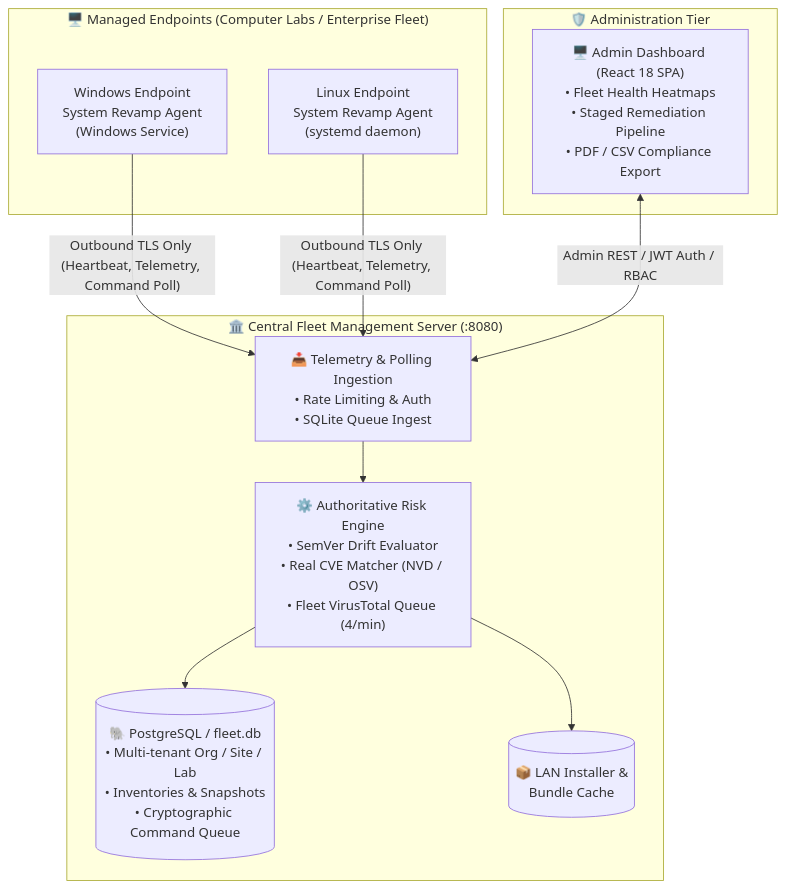
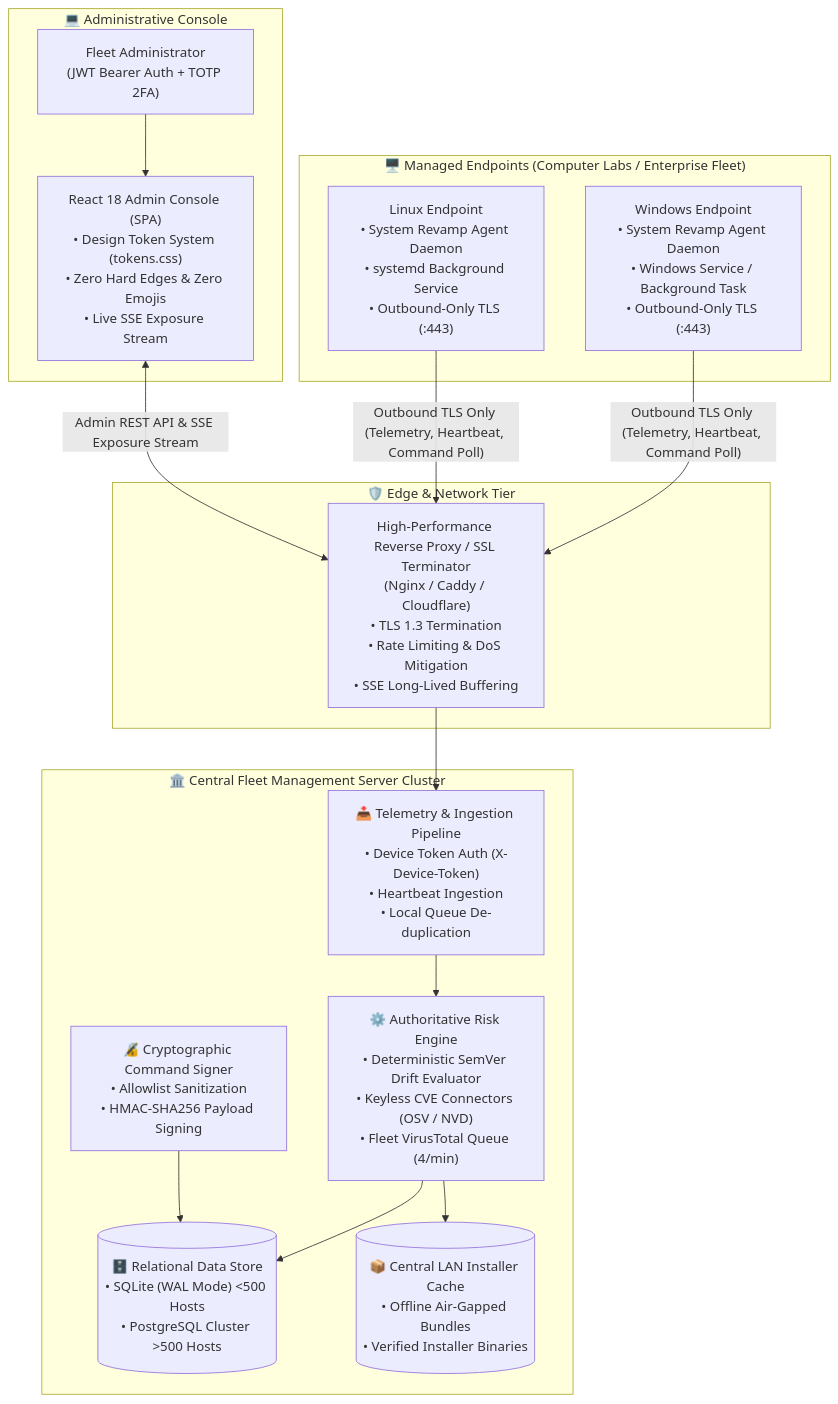
Before and after one commit to Darksider70-yep/System_Revamp: the first of 5 diagrams in docs/architecture.md, drawn with Mermaid. The commit also changed other lines of this file and 11 other files, not shown here.

Commit message:
docs: add comprehensive documentation, setup guides, and architecture references

````diff
--- a/docs/architecture.md
+++ b/docs/architecture.md
@@ -15,25 +15,34 @@
 ```mermaid
 flowchart TD
     subgraph Endpoints ["🖥️ Managed Endpoints (Computer Labs / Enterprise Fleet)"]
-        AgentWin["Windows Endpoint<br/>System Revamp Agent<br/>(Windows Service)"]
-        AgentLin["Linux Endpoint<br/>System Revamp Agent<br/>(systemd daemon)"]
+        AgentWin["Windows Endpoint<br/>• System Revamp Agent Daemon<br/>• Windows Service / Background Task<br/>• Outbound-Only TLS (:443)"]
+        AgentLin["Linux Endpoint<br/>• System Revamp Agent Daemon<br/>• systemd Background Service<br/>• Outbound-Only TLS (:443)"]
     end
 
-    subgraph Server_Tier ["🏛️ Central Fleet Management Server (:8080)"]
-        Ingest["📥 Telemetry & Polling Ingestion<br/>• Rate Limiting & Auth<br/>• SQLite Queue Ingest"]
-        RiskEngine["⚙️ Authoritative Risk Engine<br/>• SemVer Drift Evaluator<br/>• Real CVE Matcher (NVD / OSV)<br/>• Fleet VirusTotal Queue (4/min)"]
-        DB[("🐘 PostgreSQL / fleet.db<br/>• Multi-tenant Org / Site / Lab<br/>• Inventories & Snapshots<br/>• Cryptographic Command Queue")]
-        InstallerCache[("📦 LAN Installer &<br/>Bundle Cache")]
+    subgraph Edge_Tier ["🛡️ Edge & Network Tier"]
+        ReverseProxy["High-Performance Reverse Proxy / SSL Terminator<br/>(Nginx / Caddy / Cloudflare)<br/>• TLS 1.3 Termination<br/>• Rate Limiting & DoS Mitigation<br/>• SSE Long-Lived Buffering"]
     end
 
-    subgraph Admin_Tier ["🛡️ Administration Tier"]
-        Dashboard["🖥️ Admin Dashboard (React 18 SPA)<br/>• Fleet Health Heatmaps<br/>• Staged Remediation Pipeline<br/>• PDF / CSV Compliance Export"]
+    subgraph Server_Tier ["🏛️ Central Fleet Management Server Cluster"]
+        Ingest["📥 Telemetry & Ingestion Pipeline<br/>• Device Token Auth (X-Device-Token)<br/>• Heartbeat Ingestion<br/>• Local Queue De-duplication"]
+        RiskEngine["⚙️ Authoritative Risk Engine<br/>• Deterministic SemVer Drift Evaluator<br/>• Keyless CVE Connectors (OSV / NVD)<br/>• Fleet VirusTotal Queue (4/min)"]
+        CommandSigner["🔏 Cryptographic Command Signer<br/>• Allowlist Sanitization<br/>• HMAC-SHA256 Payload Signing"]
+        DB[("🗄️ Relational Data Store<br/>• SQLite (WAL Mode) &lt;500 Hosts<br/>• PostgreSQL Cluster &gt;500 Hosts")]
+        InstallerCache[("📦 Central LAN Installer Cache<br/>• Offline Air-Gapped Bundles<br/>• Verified Installer Binaries")]
     end
 
-    AgentWin -- "Outbound TLS Only (Heartbeat, Telemetry, Command Poll)" --> Ingest
-    AgentLin -- "Outbound TLS Only (Heartbeat, Telemetry, Command Poll)" --> Ingest
+    subgraph Admin_Tier ["💻 Administrative Console"]
+        AdminWeb["React 18 Admin Console (SPA)<br/>• Design Token System (tokens.css)<br/>• Zero Hard Edges & Zero Emojis<br/>• Live SSE Exposure Stream"]
+        SysAdmin["Fleet Administrator<br/>(JWT Bearer Auth + TOTP 2FA)"]
+    end
+
+    AgentWin -- "Outbound TLS Only (Telemetry, Heartbeat, Command Poll)" --> ReverseProxy
+    AgentLin -- "Outbound TLS Only (Telemetry, Heartbeat, Command Poll)" --> ReverseProxy
+    ReverseProxy --> Ingest
     Ingest --> RiskEngine
     RiskEngine --> DB
+    CommandSigner --> DB
     RiskEngine --> InstallerCache
-    Dashboard <-- "Admin REST / JWT Auth / RBAC" --> Ingest
+    SysAdmin --> AdminWeb
+    AdminWeb <-- "Admin REST API & SSE Exposure Stream" --> ReverseProxy
 ```
````
